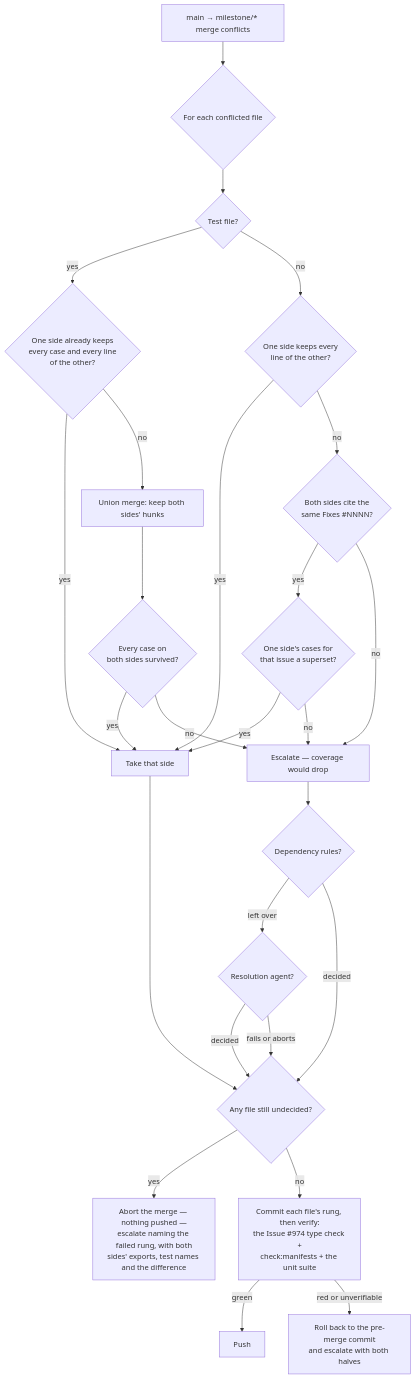
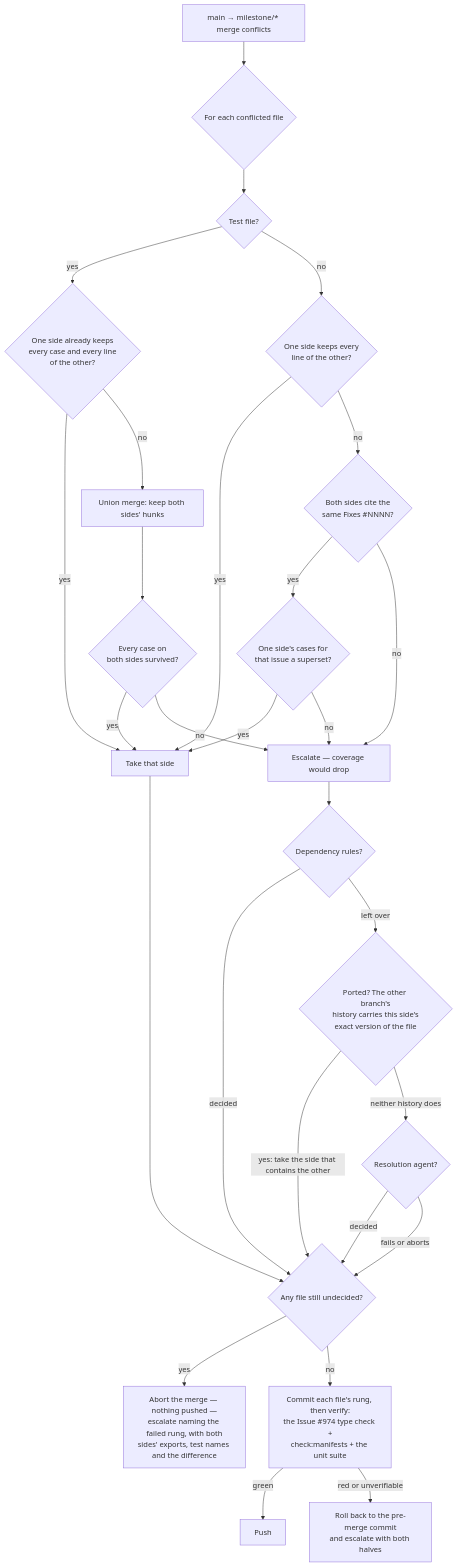
One commit to stSoftwareAU/VibeCoder changed the fifth of 6 diagrams in docs/workflows/milestones.md. Above: the diagram before and after it, drawn with Mermaid. The commit also changed other lines of this file and 7 other files, not shown here.

````diff
--- a/docs/workflows/milestones.md
+++ b/docs/workflows/milestones.md
@@ -233,28 +233,30 @@
 ```mermaid
 flowchart TD
     A["main → milestone/* merge conflicts"] --> B{"For each conflicted file"}
     B --> T{"Test file?"}
     T -- yes --> U{"One side already keeps<br/>every case and every line<br/>of the other?"}
     U -- yes --> K["Take that side"]
     U -- no --> M["Union merge: keep both sides' hunks"]
     M --> N{"Every case on<br/>both sides survived?"}
     N -- yes --> K
     N -- no --> H["Escalate — coverage would drop"]
     T -- no --> F{"One side keeps every<br/>line of the other?"}
     F -- yes --> K
     F -- no --> D{"Both sides cite the<br/>same Fixes #NNNN?"}
     D -- yes --> E{"One side's cases for<br/>that issue a superset?"}
     E -- yes --> K
     E -- no --> H
     D -- no --> H
     K --> G{"Any file still undecided?"}
     H --> RU{"Dependency rules?"}
-    RU -- "left over" --> AG{"Resolution agent?"}
     RU -- decided --> G
+    RU -- "left over" --> PT{"Ported? The other branch's<br/>history carries this side's<br/>exact version of the file"}
+    PT -- "yes: take the side that contains the other" --> G
+    PT -- "neither history does" --> AG{"Resolution agent?"}
     AG -- decided --> G
     AG -- "fails or aborts" --> G
     G -- yes --> X["Abort the merge — nothing pushed —<br/>escalate naming the failed rung, with both<br/>sides' exports, test names and the difference"]
     G -- no --> V["Commit each file's rung, then verify:<br/>the Issue #974 type check +<br/>check:manifests + the unit suite"]
     V -- green --> P["Push"]
     V -- red or unverifiable --> R["Roll back to the pre-merge commit<br/>and escalate with both halves"]
 ```
````
